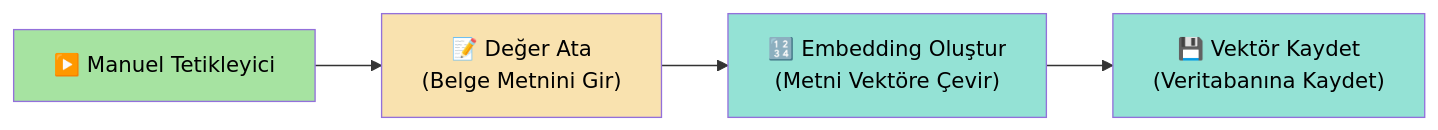
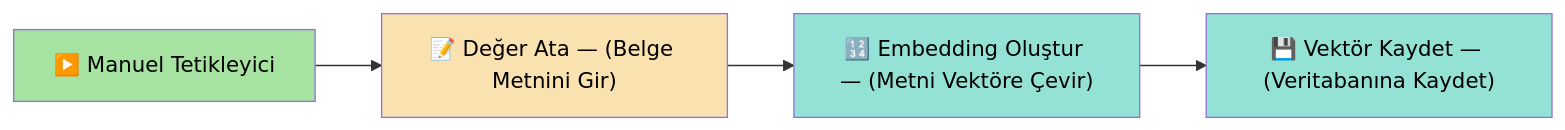
Before and after one commit to ahmetsarikaya0696/SonOfAnton: the fourth of 6 diagrams in docs/KULLANIM REHBERİ.md, drawn with Mermaid. The commit also changed other lines of this file and 6 other files, not shown here.

````diff
--- a/docs/KULLANIM REHBERİ.md
+++ b/docs/KULLANIM REHBERİ.md
@@ -421,11 +427,11 @@
 ```mermaid
 graph LR
-    A["▶️ Manuel Tetikleyici"] --> B["📝 Değer Ata<br/>(Belge Metnini Gir)"]
-    B --> C["🔢 Embedding Oluştur<br/>(Metni Vektöre Çevir)"]
-    C --> D["💾 Vektör Kaydet<br/>(Veritabanına Kaydet)"]
+    A["▶️ Manuel Tetikleyici"] --> B["📝 Değer Ata — (Belge Metnini Gir)"]
+    B --> C["🔢 Embedding Oluştur — (Metni Vektöre Çevir)"]
+    C --> D["💾 Vektör Kaydet — (Veritabanına Kaydet)"]
 
     style A fill:#a6e3a1,color:#000
     style B fill:#f9e2af,color:#000
     style C fill:#94e2d5,color:#000
     style D fill:#94e2d5,color:#000
 ```
````
